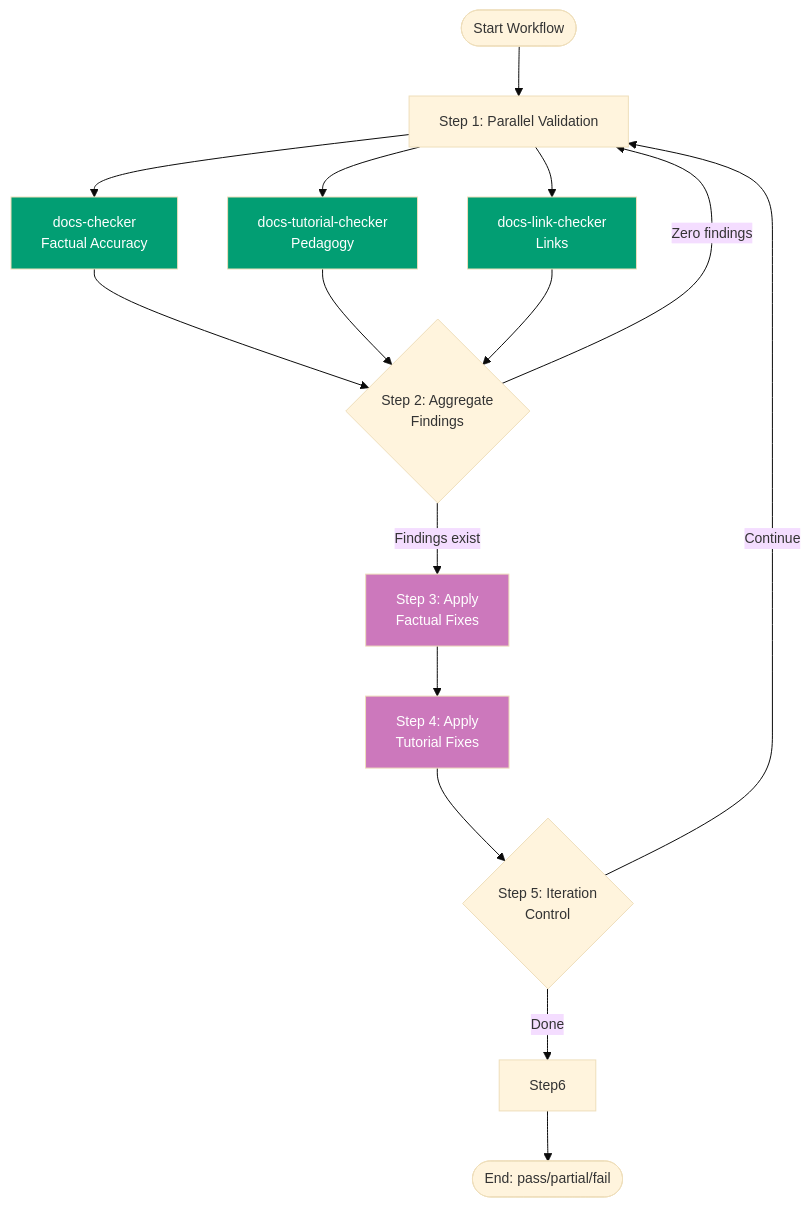
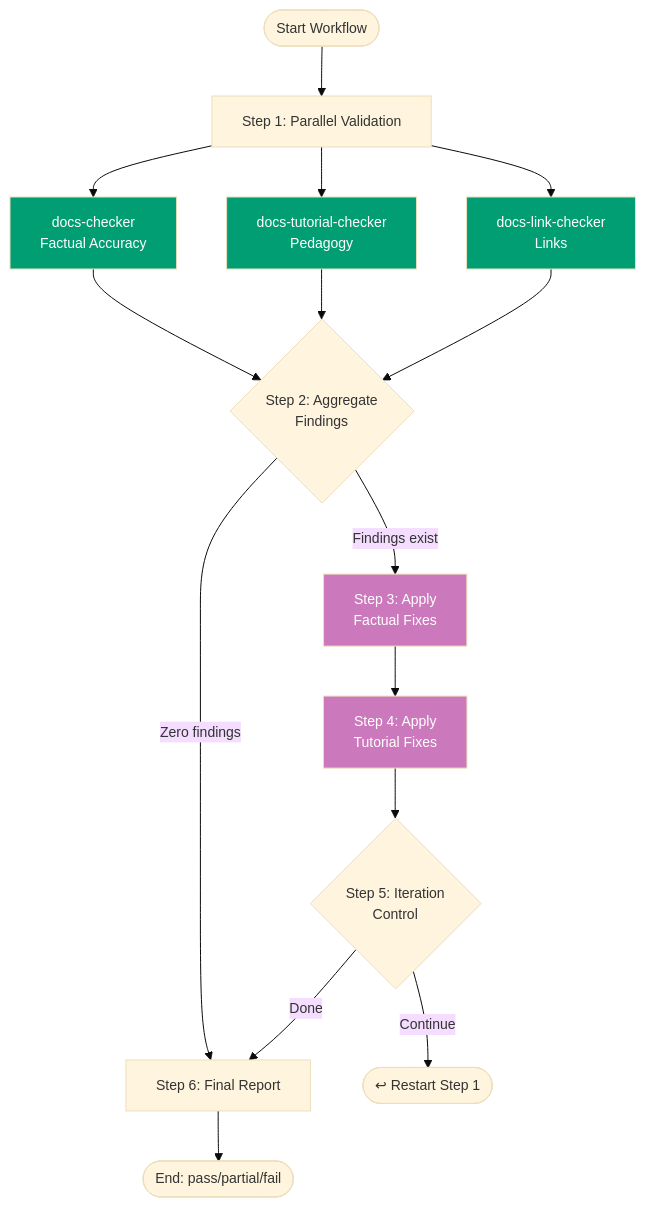
The diagram in governance/workflows/docs/docs-quality-gate.md (wahidyankf/ose-primer), drawn with Mermaid before and after one commit. The commit also changed 534 other files, not shown here.

````diff
--- a/governance/workflows/docs/docs-quality-gate.md
+++ b/governance/workflows/docs/docs-quality-gate.md
@@ -108,30 +108,30 @@
 ```mermaid
 %%{init: {'theme':'base', 'themeVariables': { 'fontSize':'14px'}}}%%
 graph TB
     Start([Start Workflow]) --> Step1[Step 1: Parallel Validation]
 
     Step1 --> Check1[docs-checker<br/>Factual Accuracy]
     Step1 --> Check2[docs-tutorial-checker<br/>Pedagogy]
     Step1 --> Check3[docs-link-checker<br/>Links]
 
     Check1 --> Step2{Step 2: Aggregate<br/>Findings}
     Check2 --> Step2
     Check3 --> Step2
 
-    Step2 -->|Zero findings| Step1
-    Step2 -->|Findings exist| Step3[Step 3: Apply<br/>Factual Fixes]
+    Step2 -- Findings exist --> Step3[Step 3: Apply<br/>Factual Fixes]
+    Step2 -- Zero findings --> Step6[Step 6: Final Report]
 
     Step3 --> Step4[Step 4: Apply<br/>Tutorial Fixes]
     Step4 --> Step5{Step 5: Iteration<br/>Control}
 
-    Step5 -->|Continue| Step1
-    Step5 -->|Done| Step6
+    Step5 -- Done --> Step6
+    Step5 -- Continue --> Restart([↩ Restart Step 1])
 
     Step6 --> End([End: pass/partial/fail])
 
     style Check1 fill:#029E73,color:#fff
     style Check2 fill:#029E73,color:#fff
     style Check3 fill:#029E73,color:#fff
     style Step3 fill:#CC78BC,color:#fff
     style Step4 fill:#CC78BC,color:#fff
 ```
````
